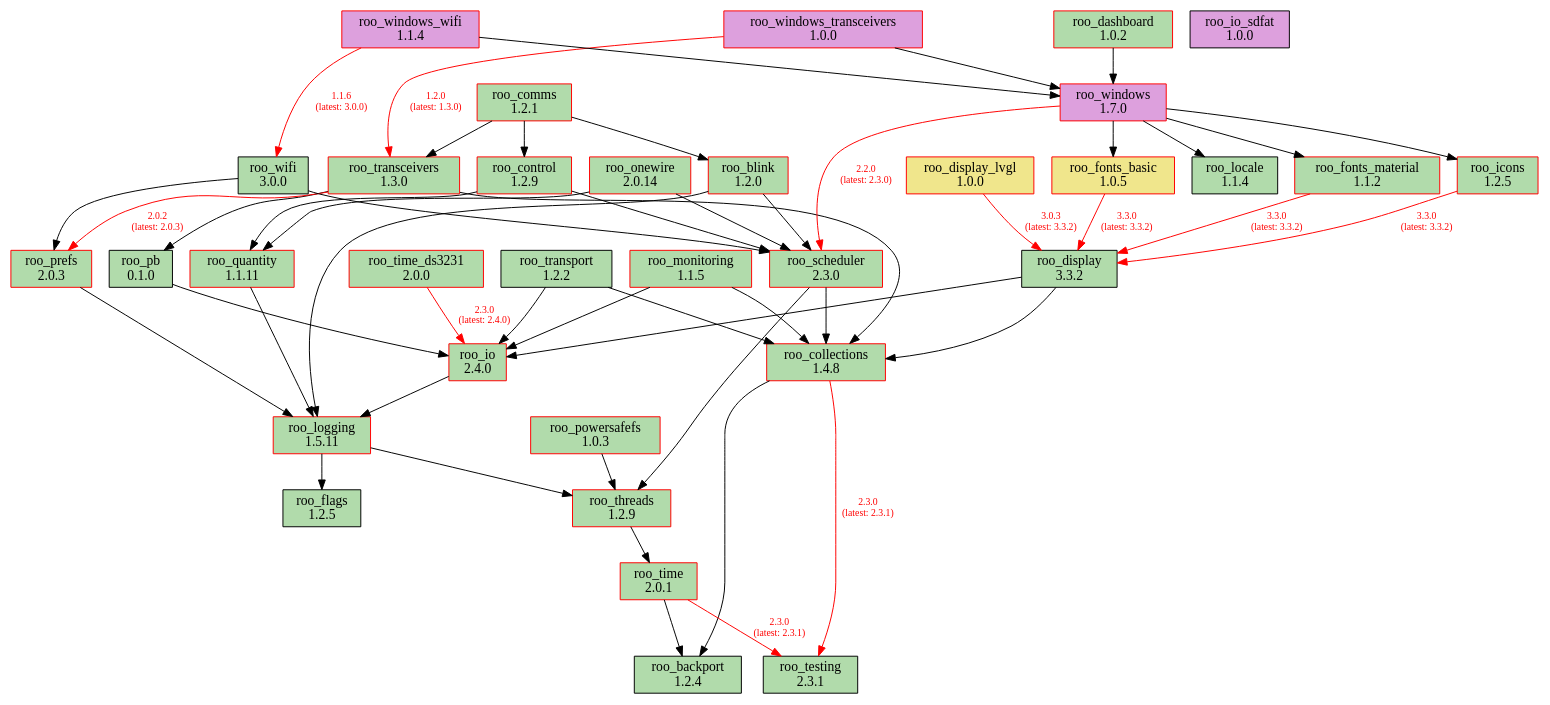
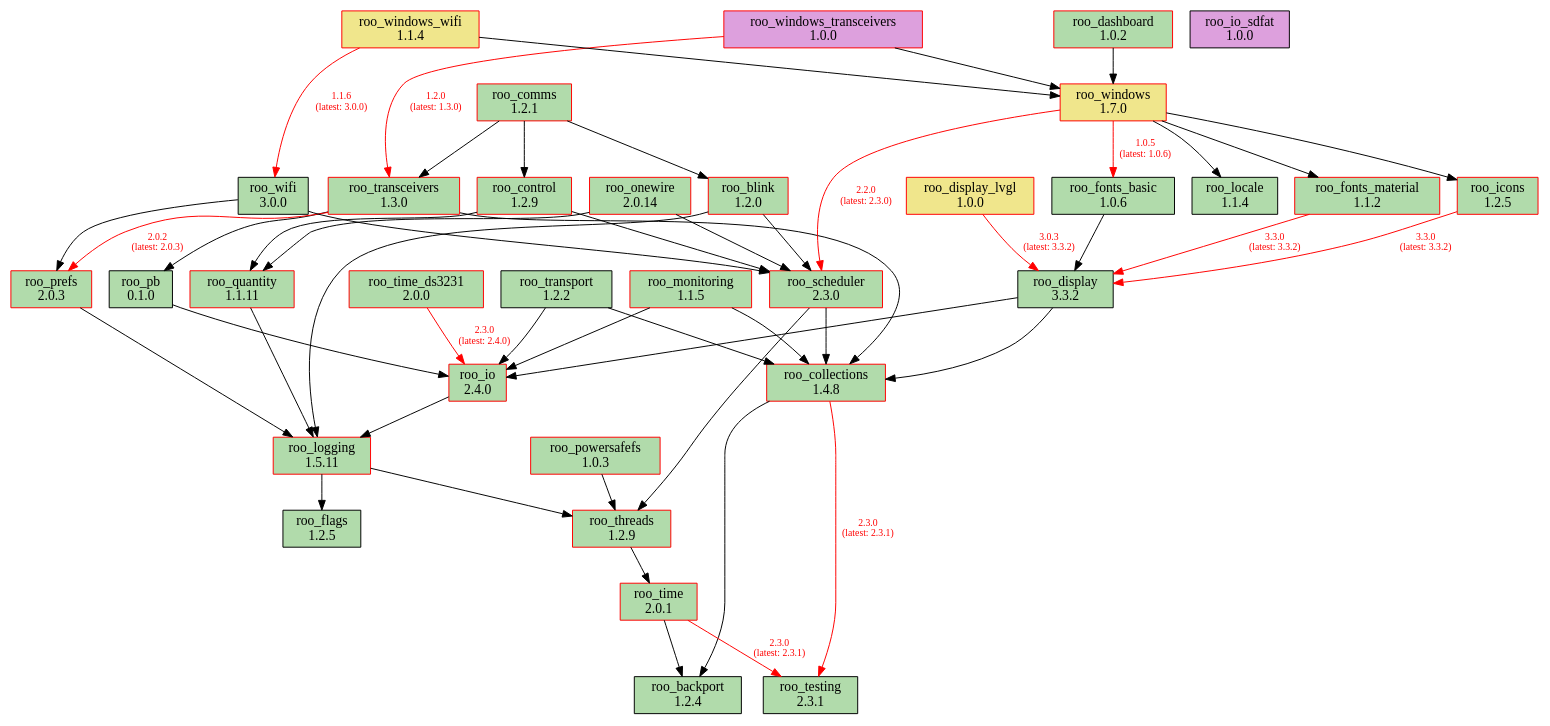
One commit to dejwk/roo-registry changed the diagram in doc/dependencies.dot. Above: the diagram before and after it, drawn with Graphviz. The commit also changed 3 other files, not shown here.

Commit message:
Added roo_fonts_basic 1.0.6 to the registry.

```diff
--- a/doc/dependencies.dot
+++ b/doc/dependencies.dot
@@ -1,91 +1,91 @@
 digraph dependencies {
     rankdir=TB;
     node [shape=box, style=filled];
     edge [fontsize=10];
 
     // Modules
     "roo_backport" [label="roo_backport\n1.2.4", fillcolor="#b1dbab", color="black"];
     "roo_blink" [label="roo_blink\n1.2.0", fillcolor="#b1dbab", color="red"];
     "roo_collections" [label="roo_collections\n1.4.8", fillcolor="#b1dbab", color="red"];
     "roo_comms" [label="roo_comms\n1.2.1", fillcolor="#b1dbab", color="red"];
     "roo_control" [label="roo_control\n1.2.9", fillcolor="#b1dbab", color="red"];
     "roo_dashboard" [label="roo_dashboard\n1.0.2", fillcolor="#b1dbab", color="red"];
     "roo_display" [label="roo_display\n3.3.2", fillcolor="#b1dbab", color="black"];
     "roo_display_lvgl" [label="roo_display_lvgl\n1.0.0", fillcolor="khaki", color="red"];
     "roo_flags" [label="roo_flags\n1.2.5", fillcolor="#b1dbab", color="black"];
-    "roo_fonts_basic" [label="roo_fonts_basic\n1.0.5", fillcolor="khaki", color="red"];
+    "roo_fonts_basic" [label="roo_fonts_basic\n1.0.6", fillcolor="#b1dbab", color="black"];
     "roo_fonts_material" [label="roo_fonts_material\n1.1.2", fillcolor="#b1dbab", color="red"];
     "roo_icons" [label="roo_icons\n1.2.5", fillcolor="#b1dbab", color="red"];
     "roo_io" [label="roo_io\n2.4.0", fillcolor="#b1dbab", color="red"];
     "roo_io_sdfat" [label="roo_io_sdfat\n1.0.0", fillcolor="plum", color="black"];
     "roo_locale" [label="roo_locale\n1.1.4", fillcolor="#b1dbab", color="black"];
     "roo_logging" [label="roo_logging\n1.5.11", fillcolor="#b1dbab", color="red"];
     "roo_monitoring" [label="roo_monitoring\n1.1.5", fillcolor="#b1dbab", color="red"];
     "roo_onewire" [label="roo_onewire\n2.0.14", fillcolor="#b1dbab", color="red"];
     "roo_pb" [label="roo_pb\n0.1.0", fillcolor="#b1dbab", color="black"];
     "roo_powersafefs" [label="roo_powersafefs\n1.0.3", fillcolor="#b1dbab", color="red"];
     "roo_prefs" [label="roo_prefs\n2.0.3", fillcolor="#b1dbab", color="red"];
     "roo_quantity" [label="roo_quantity\n1.1.11", fillcolor="#b1dbab", color="red"];
     "roo_scheduler" [label="roo_scheduler\n2.3.0", fillcolor="#b1dbab", color="red"];
     "roo_testing" [label="roo_testing\n2.3.1", fillcolor="#b1dbab", color="black"];
     "roo_threads" [label="roo_threads\n1.2.9", fillcolor="#b1dbab", color="red"];
     "roo_time" [label="roo_time\n2.0.1", fillcolor="#b1dbab", color="red"];
     "roo_time_ds3231" [label="roo_time_ds3231\n2.0.0", fillcolor="#b1dbab", color="red"];
     "roo_transceivers" [label="roo_transceivers\n1.3.0", fillcolor="#b1dbab", color="red"];
     "roo_transport" [label="roo_transport\n1.2.2", fillcolor="#b1dbab", color="black"];
     "roo_wifi" [label="roo_wifi\n3.0.0", fillcolor="#b1dbab", color="black"];
-    "roo_windows" [label="roo_windows\n1.7.0", fillcolor="plum", color="red"];
+    "roo_windows" [label="roo_windows\n1.7.0", fillcolor="khaki", color="red"];
     "roo_windows_transceivers" [label="roo_windows_transceivers\n1.0.0", fillcolor="plum", color="red"];
-    "roo_windows_wifi" [label="roo_windows_wifi\n1.1.4", fillcolor="plum", color="red"];
+    "roo_windows_wifi" [label="roo_windows_wifi\n1.1.4", fillcolor="khaki", color="red"];
 
     // Dependencies
     "roo_blink" -> "roo_logging";
     "roo_blink" -> "roo_scheduler";
     "roo_collections" -> "roo_testing" [color=red, fontcolor=red, label="2.3.0\n(latest: 2.3.1)"];
     "roo_collections" -> "roo_backport";
     "roo_comms" -> "roo_blink";
     "roo_comms" -> "roo_control";
     "roo_comms" -> "roo_transceivers";
     "roo_control" -> "roo_quantity";
     "roo_control" -> "roo_scheduler";
     "roo_dashboard" -> "roo_windows";
     "roo_display" -> "roo_collections";
     "roo_display" -> "roo_io";
     "roo_display_lvgl" -> "roo_display" [color=red, fontcolor=red, label="3.0.3\n(latest: 3.3.2)"];
-    "roo_fonts_basic" -> "roo_display" [color=red, fontcolor=red, label="3.3.0\n(latest: 3.3.2)"];
+    "roo_fonts_basic" -> "roo_display";
     "roo_fonts_material" -> "roo_display" [color=red, fontcolor=red, label="3.3.0\n(latest: 3.3.2)"];
     "roo_icons" -> "roo_display" [color=red, fontcolor=red, label="3.3.0\n(latest: 3.3.2)"];
     "roo_io" -> "roo_logging";
     "roo_logging" -> "roo_flags";
     "roo_logging" -> "roo_threads";
     "roo_monitoring" -> "roo_collections";
     "roo_monitoring" -> "roo_io";
     "roo_onewire" -> "roo_scheduler";
     "roo_onewire" -> "roo_quantity";
     "roo_pb" -> "roo_io";
     "roo_powersafefs" -> "roo_threads";
     "roo_prefs" -> "roo_logging";
     "roo_quantity" -> "roo_logging";
     "roo_scheduler" -> "roo_collections";
     "roo_scheduler" -> "roo_threads";
     "roo_threads" -> "roo_time";
     "roo_time" -> "roo_testing" [color=red, fontcolor=red, label="2.3.0\n(latest: 2.3.1)"];
     "roo_time" -> "roo_backport";
     "roo_time_ds3231" -> "roo_io" [color=red, fontcolor=red, label="2.3.0\n(latest: 2.4.0)"];
     "roo_transceivers" -> "roo_pb";
     "roo_transceivers" -> "roo_collections";
     "roo_transceivers" -> "roo_prefs" [color=red, fontcolor=red, label="2.0.2\n(latest: 2.0.3)"];
     "roo_transport" -> "roo_collections";
     "roo_transport" -> "roo_io";
     "roo_wifi" -> "roo_prefs";
     "roo_wifi" -> "roo_scheduler";
-    "roo_windows" -> "roo_fonts_basic";
+    "roo_windows" -> "roo_fonts_basic" [color=red, fontcolor=red, label="1.0.5\n(latest: 1.0.6)"];
     "roo_windows" -> "roo_fonts_material";
     "roo_windows" -> "roo_locale";
     "roo_windows" -> "roo_icons";
     "roo_windows" -> "roo_scheduler" [color=red, fontcolor=red, label="2.2.0\n(latest: 2.3.0)"];
     "roo_windows_transceivers" -> "roo_transceivers" [color=red, fontcolor=red, label="1.2.0\n(latest: 1.3.0)"];
     "roo_windows_transceivers" -> "roo_windows";
     "roo_windows_wifi" -> "roo_wifi" [color=red, fontcolor=red, label="1.1.6\n(latest: 3.0.0)"];
     "roo_windows_wifi" -> "roo_windows";
 }
```
